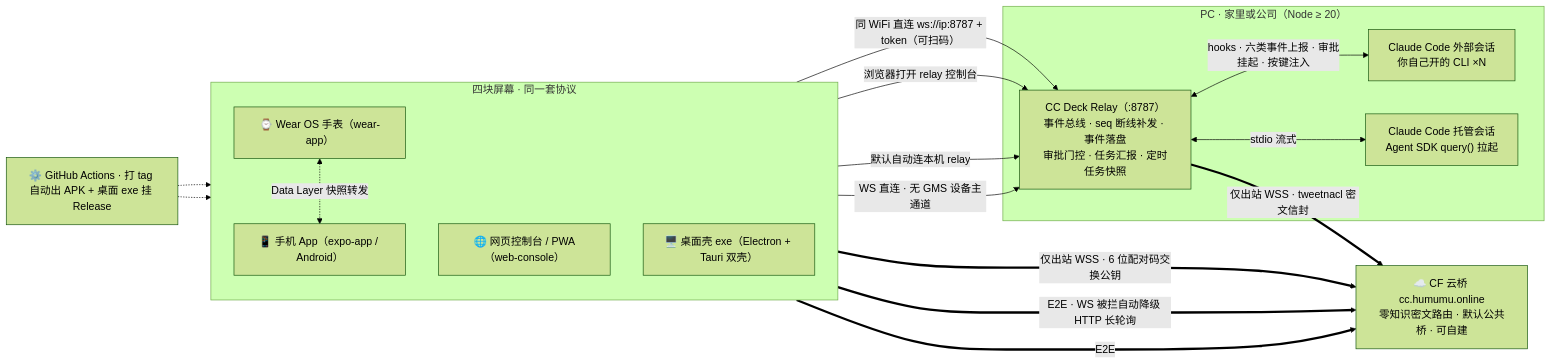
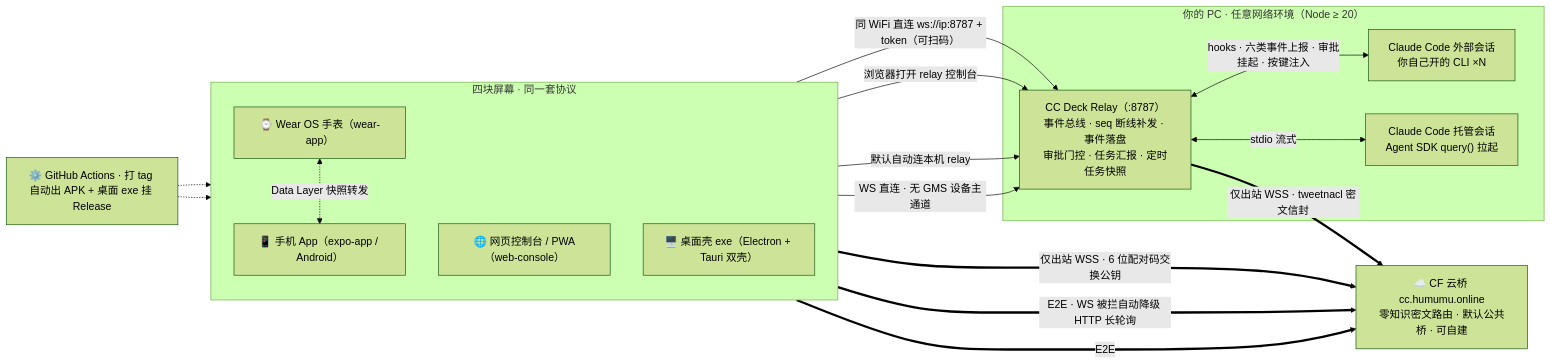
One commit to humumu130/cc-deck changed the diagram in README.md. Above: the diagram before and after it, drawn with Mermaid (forest theme). The commit also changed other lines of this file, not shown here.

Commit message:
docs: 场景描述去地域化——局域网/跨网络替代在家/在公司（架构图节点同步）

````diff
--- a/README.md
+++ b/README.md
@@ -35,35 +35,35 @@
 ```mermaid
 flowchart LR
     subgraph SCR["四块屏幕 · 同一套协议"]
         direction TB
         APP["📱 手机 App（expo-app / Android）"]
         WATCH["⌚ Wear OS 手表（wear-app）"]
         WEB["🌐 网页控制台 / PWA（web-console）"]
         EXE["🖥️ 桌面壳 exe（Electron + Tauri 双壳）"]
     end
 
     CLOUD["☁️ CF 云桥 cc.humumu.online<br/>零知识密文路由 · 默认公共桥 · 可自建"]
 
-    subgraph PC["PC · 家里或公司（Node ≥ 20）"]
+    subgraph PC["你的 PC · 任意网络环境（Node ≥ 20）"]
         RELAY["CC Deck Relay（:8787）<br/>事件总线 · seq 断线补发 · 事件落盘<br/>审批门控 · 任务汇报 · 定时任务快照"]
         EXT["Claude Code 外部会话<br/>你自己开的 CLI ×N"]
         HOSTED["Claude Code 托管会话<br/>Agent SDK query() 拉起"]
         RELAY <-->|"hooks · 六类事件上报 · 审批挂起 · 按键注入"| EXT
         RELAY <-->|"stdio 流式"| HOSTED
     end
 
     APP -->|"同 WiFi 直连 ws://ip:8787 + token（可扫码）"| RELAY
     WEB -->|"浏览器打开 relay 控制台"| RELAY
     EXE -->|"默认自动连本机 relay"| RELAY
     WATCH -->|"WS 直连 · 无 GMS 设备主通道"| RELAY
     WATCH <-.->|"Data Layer 快照转发"| APP
 
     RELAY ==>|"仅出站 WSS · tweetnacl 密文信封"| CLOUD
     APP ==>|"仅出站 WSS · 6 位配对码交换公钥"| CLOUD
     WEB ==>|"E2E · WS 被拦自动降级 HTTP 长轮询"| CLOUD
     EXE ==>|"E2E"| CLOUD
 
     CI["⚙️ GitHub Actions · 打 tag 自动出 APK + 桌面 exe 挂 Release"]
     CI -.-> APP
     CI -.-> EXE
 ```
````
